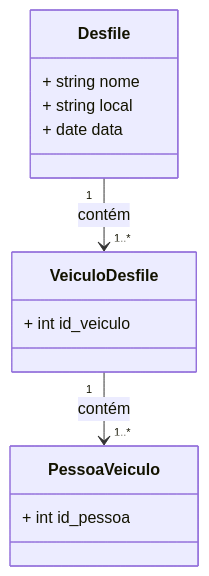
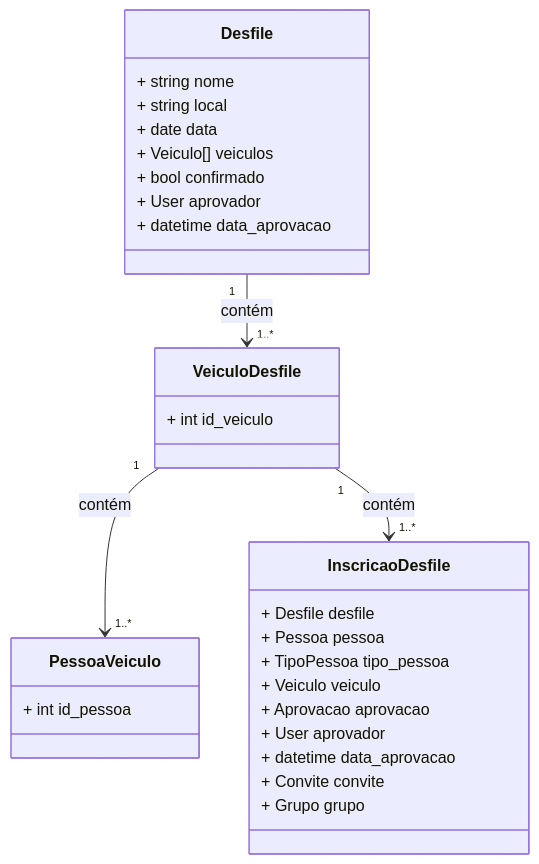
The third of 5 diagrams in README.md (guionardo/planetapeia-desfiles), drawn with Mermaid before and after one commit. The commit also changed other lines of this file, not shown here.

Commit message:
Atualização do readme

````diff
--- a/README.md
+++ b/README.md
@@ -51,17 +53,33 @@
 ```mermaid
 classDiagram
 class Desfile {
     + string nome
     + string local
     + date data
-
+    + Veiculo[] veiculos
+    + bool confirmado
+    + User aprovador
+    + datetime data_aprovacao
 }
 class VeiculoDesfile {
     + int id_veiculo
 }
 class PessoaVeiculo {
     + int id_pessoa
 }
+
+class InscricaoDesfile {
+    + Desfile desfile
+    + Pessoa pessoa
+    + TipoPessoa tipo_pessoa
+    + Veiculo veiculo
+    + Aprovacao aprovacao
+    + User aprovador
+    + datetime data_aprovacao
+    + Convite convite
+    + Grupo grupo
+}
 Desfile "1" --> "1..*" VeiculoDesfile: contém
 VeiculoDesfile "1" --> "1..*" PessoaVeiculo: contém
+VeiculoDesfile "1" --> "1..*" InscricaoDesfile: contém
 ```
````
